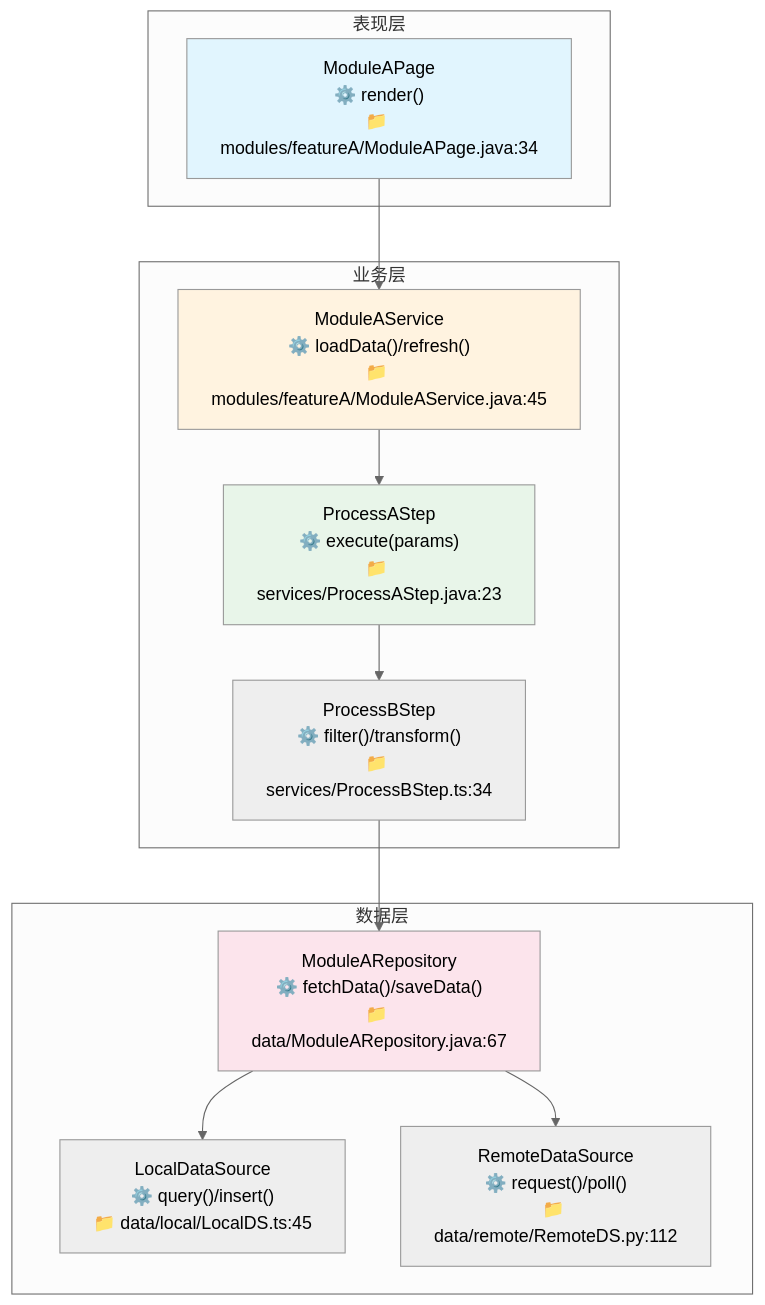
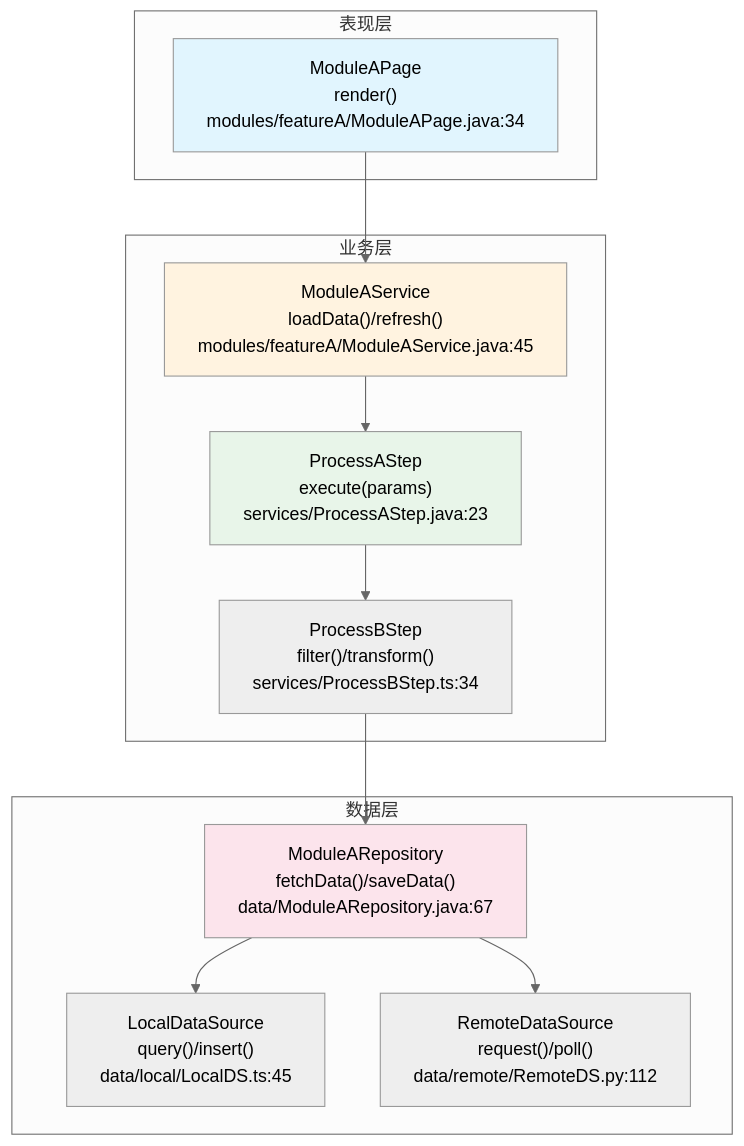
The sixth of 12 diagrams in references/template.md (CaostGrace/project-arch-reverse), drawn with Mermaid (neutral theme) before and after one commit. The commit also changed other lines of this file and 10 other files, not shown here.

Commit message:
fix: 修复 12.1 流程图 Mermaid 渲染问题 - 结构重组+节点引号+形状修复

````diff
--- a/references/template.md
+++ b/references/template.md
@@ -331,30 +343,31 @@
 ```mermaid
 flowchart TB
     subgraph Presentation[表现层]
-        SCREEN_A["ModuleAPage<br/>⚙️ render()<br/>📁 modules/featureA/ModuleAPage.java:34"]
+        SCREEN_A["ModuleAPage<br>render()<br>modules/featureA/ModuleAPage.java:34"]
+    end
+    subgraph Business[业务层]
+        LOGIC_A["ModuleAService<br>loadData()/refresh()<br>modules/featureA/ModuleAService.java:45"]
+        USE_CASE_A["ProcessAStep<br>execute(params)<br>services/ProcessAStep.java:23"]
+        USE_CASE_B["ProcessBStep<br>filter()/transform()<br>services/ProcessBStep.ts:34"]
+    end
+    subgraph Data[数据层]
+        REPO_A["ModuleARepository<br>fetchData()/saveData()<br>data/ModuleARepository.java:67"]
+        LOCAL_DS["LocalDataSource<br>query()/insert()<br>data/local/LocalDS.ts:45"]
+        REMOTE_DS["RemoteDataSource<br>request()/poll()<br>data/remote/RemoteDS.py:112"]
     end
 
-    subgraph Business[业务层]
-        LOGIC_A["ModuleAService<br/>⚙️ loadData()/refresh()<br/>📁 modules/featureA/ModuleAService.java:45"]
-        USE_CASE_A["ProcessAStep<br/>⚙️ execute(params)<br/>📁 services/ProcessAStep.java:23"]
-        USE_CASE_B["ProcessBStep<br/>⚙️ filter()/transform()<br/>📁 services/ProcessBStep.ts:34"]
-    end
 
-    subgraph Data[数据层]
-        REPO_A["ModuleARepository<br/>⚙️ fetchData()/saveData()<br/>📁 data/ModuleARepository.java:67"]
-        LOCAL_DS["LocalDataSource<br/>⚙️ query()/insert()<br/>📁 data/local/LocalDS.ts:45"]
-        REMOTE_DS["RemoteDataSource<br/>⚙️ request()/poll()<br/>📁 data/remote/RemoteDS.py:112"]
-    end
 
-    SCREEN_A --> LOGIC_A
-    LOGIC_A --> USE_CASE_A
-    USE_CASE_A --> USE_CASE_B
-    USE_CASE_B --> REPO_A
-    REPO_A --> LOCAL_DS
-    REPO_A --> REMOTE_DS
 
-    style SCREEN_A fill:#e1f5fe
-    style LOGIC_A fill:#fff3e0
-    style USE_CASE_A fill:#e8f5e9
-    style REPO_A fill:#fce4ec
+SCREEN_A --> LOGIC_A
+LOGIC_A --> USE_CASE_A
+USE_CASE_A --> USE_CASE_B
+USE_CASE_B --> REPO_A
+REPO_A --> LOCAL_DS
+REPO_A --> REMOTE_DS
+
+style SCREEN_A fill:#e1f5fe
+style LOGIC_A fill:#fff3e0
+style USE_CASE_A fill:#e8f5e9
+style REPO_A fill:#fce4ec
 ```
````
